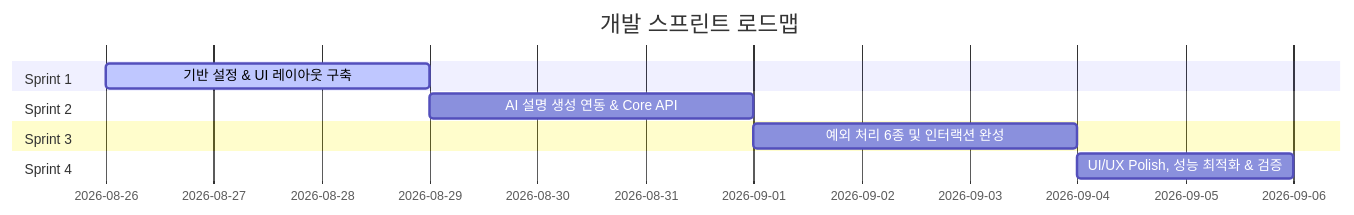
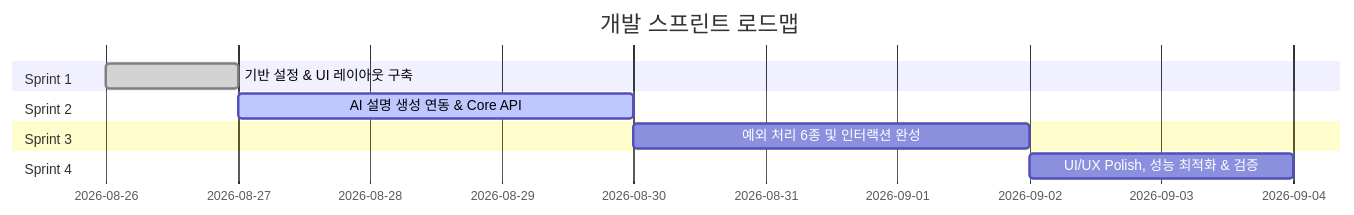
The diagram in docs/development-plan.md (eunsu0210/-), drawn with Mermaid before and after one commit. The commit also changed other lines of this file, not shown here.

````diff
--- a/docs/development-plan.md
+++ b/docs/development-plan.md
@@ -19,13 +19,13 @@
 ```mermaid
 gantt
     title 개발 스프린트 로드맵
     dateFormat  YYYY-MM-DD
     section Sprint 1
-    기반 설정 & UI 레이아웃 구축    :active, s1, 2026-08-26, 3d
+    기반 설정 & UI 레이아웃 구축    :done, s1, 2026-08-26, 2026-08-27
     section Sprint 2
-    AI 설명 생성 연동 & Core API    :s2, after s1, 3d
+    AI 설명 생성 연동 & Core API    :active, s2, 2026-08-27, 3d
     section Sprint 3
     예외 처리 6종 및 인터랙션 완성  :s3, after s2, 3d
     section Sprint 4
     UI/UX Polish, 성능 최적화 & 검증:s4, after s3, 2d
 ```
````
